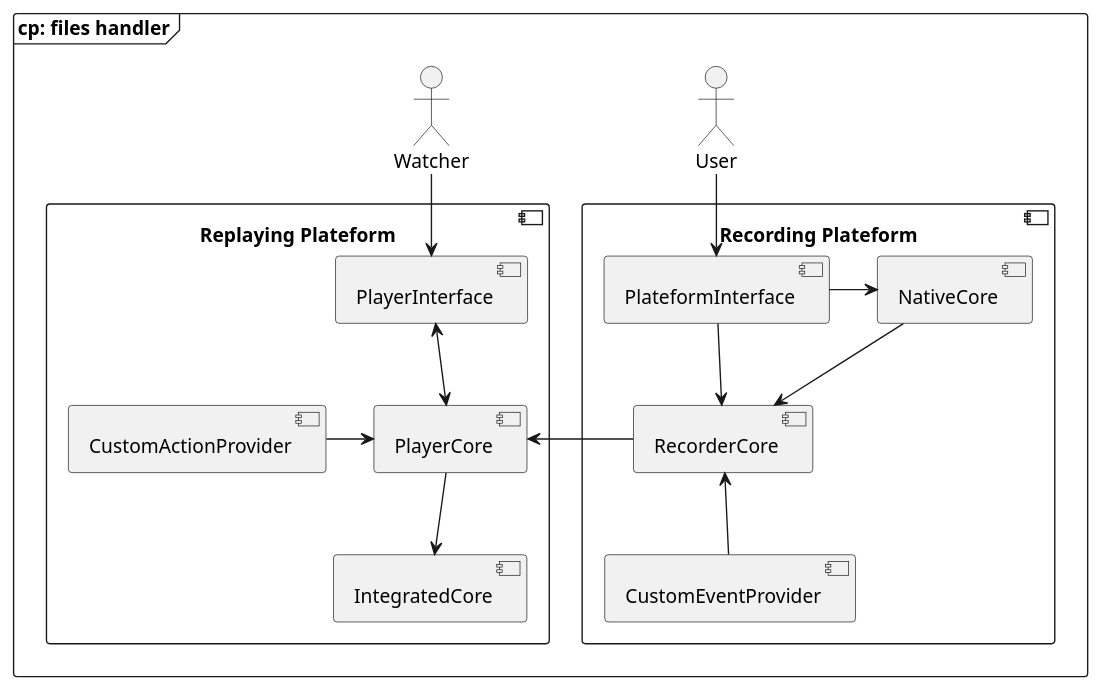
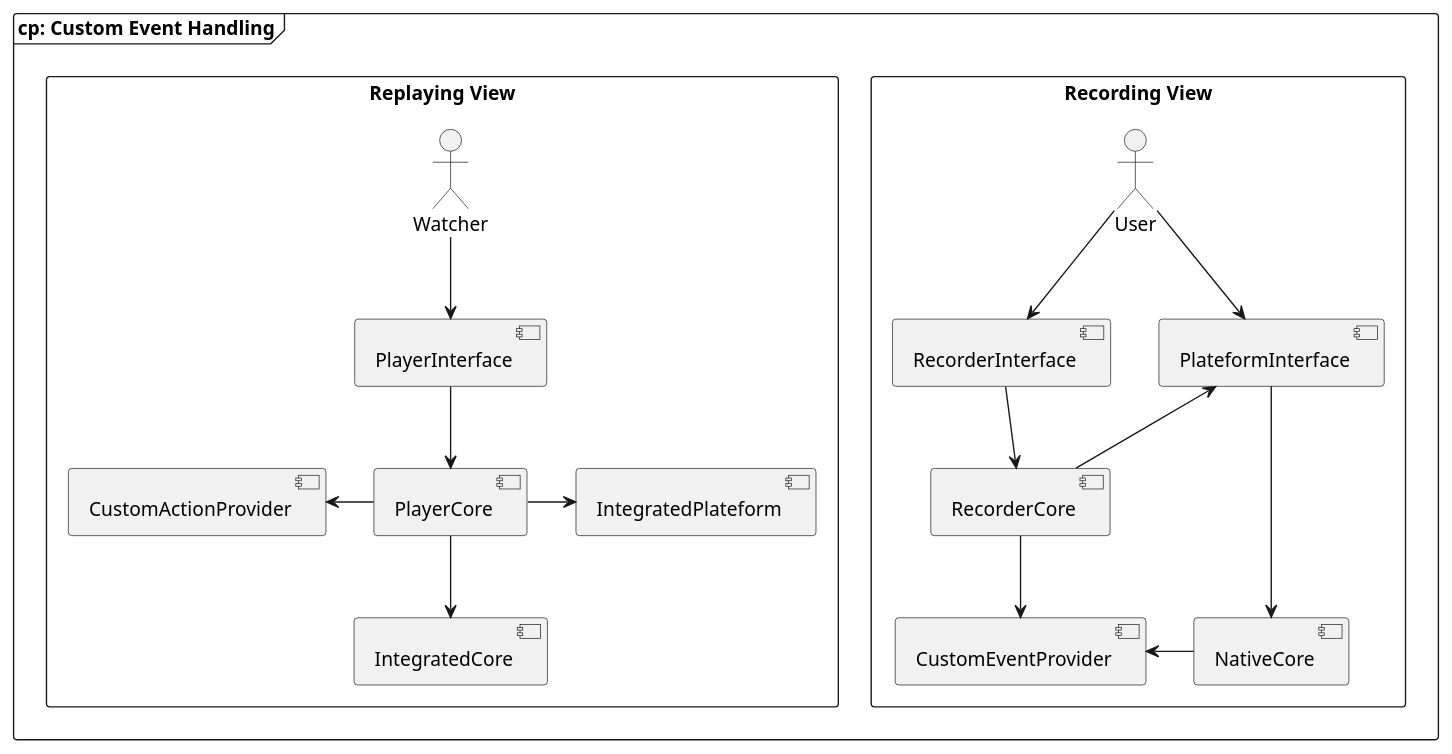
Before and after one commit to SSMM0498/arkad-conception: the diagram in models/6.Component/4.customevent.puml, drawn with PlantUML.

Commit message:
upd : custom event handling component diagram

```diff
--- a/models/6.Component/4.customevent.puml
+++ b/models/6.Component/4.customevent.puml
@@ -1,24 +1,27 @@
-@startuml "Custom provider component diagram"
+@startuml "Custom Event Handling Component Diagram"
 skinparam shadowing false
 skinparam monochrome true
 
-frame "cp: files handler" {
-    actor "User" as U
-    actor "Watcher" as W
-    component "Recording Plateform" {
+frame "cp: Custom Event Handling" {
+    rectangle "Recording View" {
+        actor "User" as U
         U -down-> [PlateformInterface]
-        [RecorderCore] <-down- [CustomEventProvider]
-        [RecorderCore] <-up- [PlateformInterface]
-        [PlateformInterface] -right-> [NativeCore]
-        [RecorderCore] <-up- [NativeCore]
+        U -down-> [RecorderInterface]
+        [RecorderCore] -down-> [CustomEventProvider]
+        [PlateformInterface] <-down- [RecorderCore]
+        [PlateformInterface] -down-> [NativeCore]
+        [NativeCore] -left-> [CustomEventProvider]
+        [RecorderCore] <-up- [RecorderInterface]
     }
-    component "Replaying Plateform" {
+
+    rectangle "Replaying View" {
+        actor "Watcher" as W
         W -down-> [PlayerInterface]
-        [PlayerCore] <-left- [CustomActionProvider]
-        [PlayerCore] <-up-> [PlayerInterface]
+        [PlayerCore] -left-> [CustomActionProvider]
+        [PlayerCore] <-up- [PlayerInterface]
         [PlayerCore] -down-> [IntegratedCore]
+        [PlayerCore] -right-> [IntegratedPlateform]
     }
-    [RecorderCore] -left-> [PlayerCore]
 }
 
 @enduml
```
